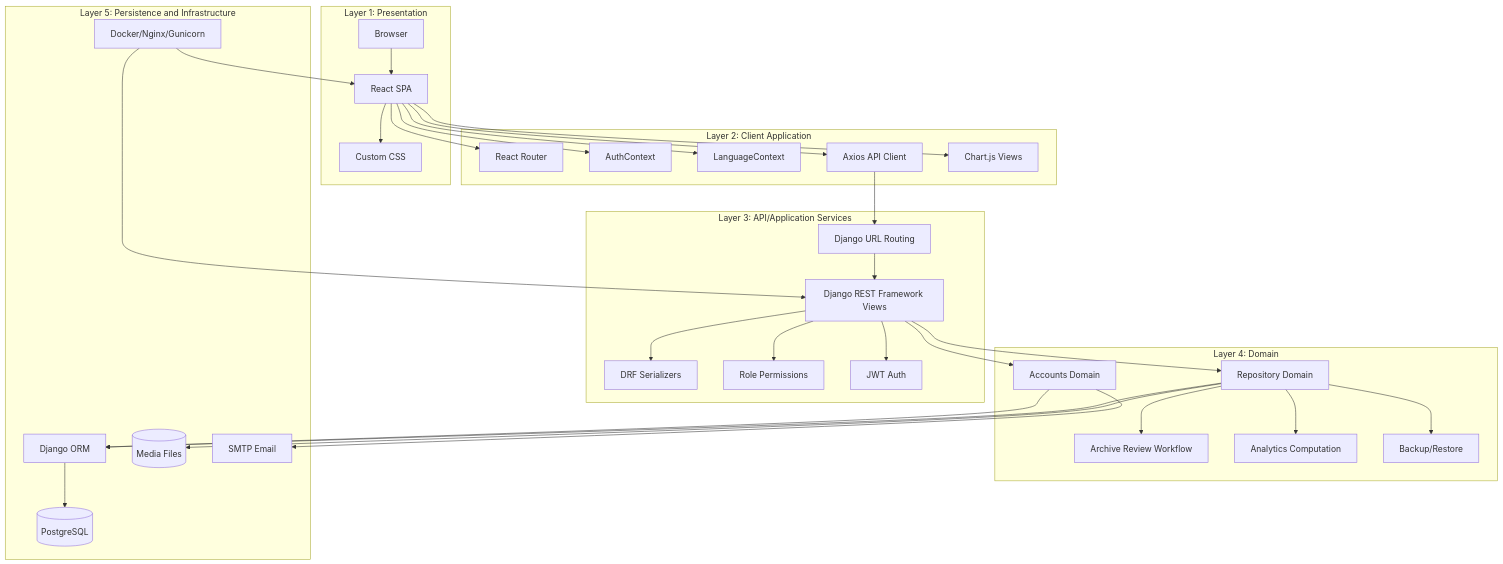
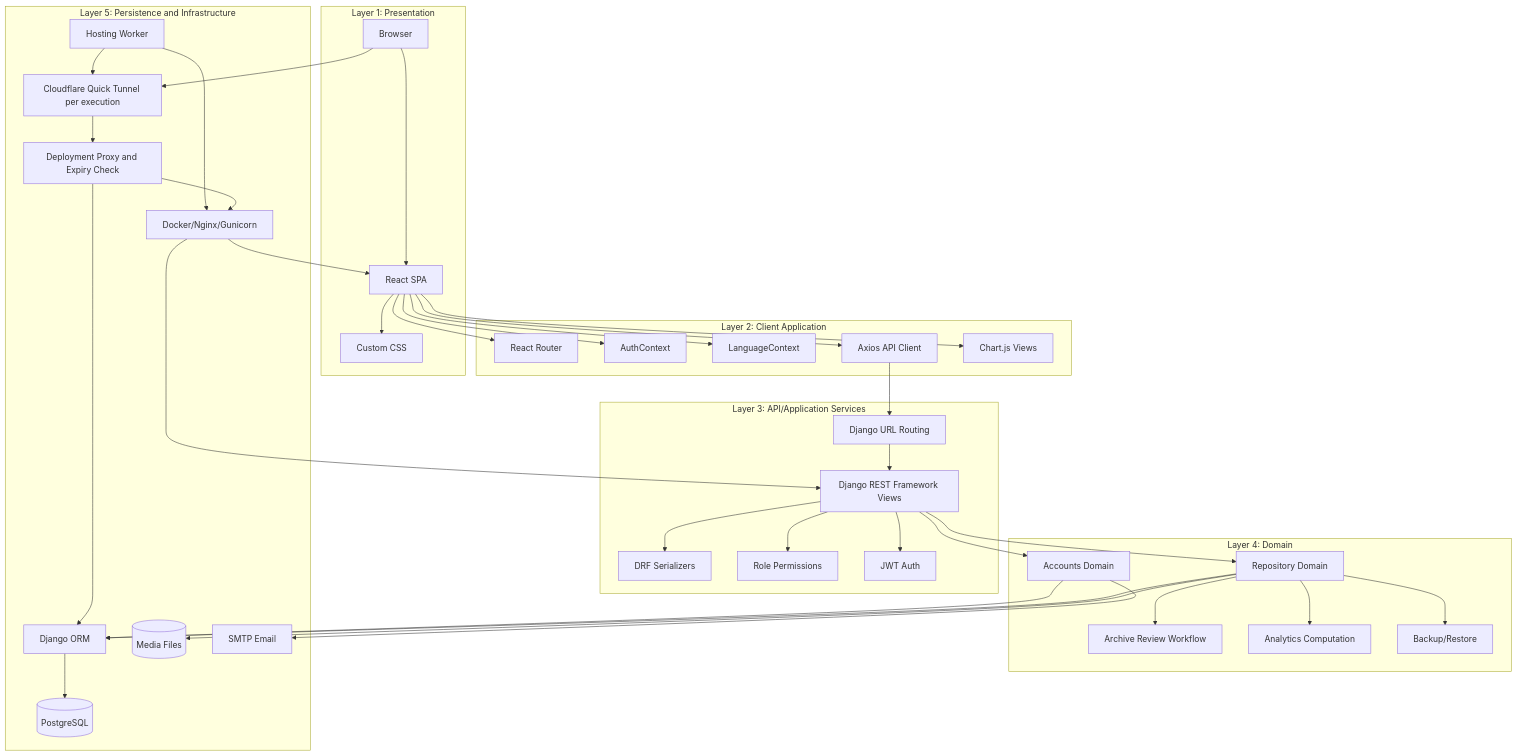
Before and after one commit to vinxe94/SaliksikLab: the first of 4 diagrams in MULTI_LAYER_ARCHITECTURE.md, drawn with Mermaid. The commit also changed other lines of this file and 30 other files, not shown here.

````diff
--- a/MULTI_LAYER_ARCHITECTURE.md
+++ b/MULTI_LAYER_ARCHITECTURE.md
@@ -9,65 +9,74 @@
 ```mermaid
 graph TB
     subgraph L1["Layer 1: Presentation"]
         Browser[Browser]
         React[React SPA]
         CSS[Custom CSS]
     end
 
     subgraph L2["Layer 2: Client Application"]
         Router[React Router]
         AuthContext[AuthContext]
         LanguageContext[LanguageContext]
         Axios[Axios API Client]
         Charts[Chart.js Views]
     end
 
     subgraph L3["Layer 3: API/Application Services"]
         URLs[Django URL Routing]
         DRF[Django REST Framework Views]
         Serializers[DRF Serializers]
         Permissions[Role Permissions]
         JWT[JWT Auth]
     end
 
     subgraph L4["Layer 4: Domain"]
         Accounts[Accounts Domain]
         Repository[Repository Domain]
         Review[Archive Review Workflow]
         Analytics[Analytics Computation]
         Backup[Backup/Restore]
     end
 
     subgraph L5["Layer 5: Persistence and Infrastructure"]
         ORM[Django ORM]
         Postgres[(PostgreSQL)]
         Media[(Media Files)]
         SMTP[SMTP Email]
         Docker[Docker/Nginx/Gunicorn]
+        Worker[Hosting Worker]
+        Cloudflare[Cloudflare Quick Tunnel per execution]
+        Preview[Deployment Proxy and Expiry Check]
     end
 
     Browser --> React
     React --> CSS
     React --> Router
     React --> AuthContext
     React --> LanguageContext
     React --> Axios
     React --> Charts
     Axios --> URLs
     URLs --> DRF
     DRF --> Serializers
     DRF --> Permissions
     DRF --> JWT
     DRF --> Accounts
     DRF --> Repository
     Repository --> Review
     Repository --> Analytics
     Repository --> Backup
     Accounts --> ORM
     Repository --> ORM
     ORM --> Postgres
     Repository --> Media
     Accounts --> SMTP
     Docker --> React
     Docker --> DRF
+    Worker --> Docker
+    Worker --> Cloudflare
+    Browser --> Cloudflare
+    Cloudflare --> Preview
+    Preview --> Docker
+    Preview --> ORM
 ```
````
